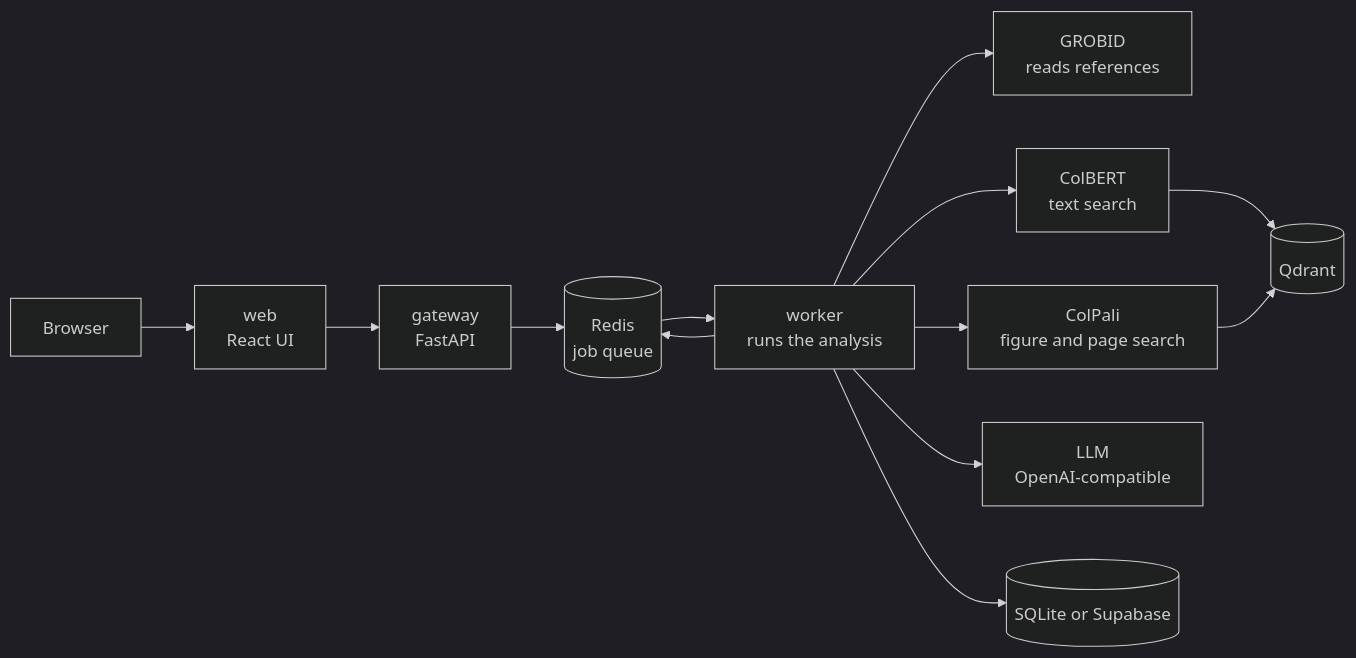
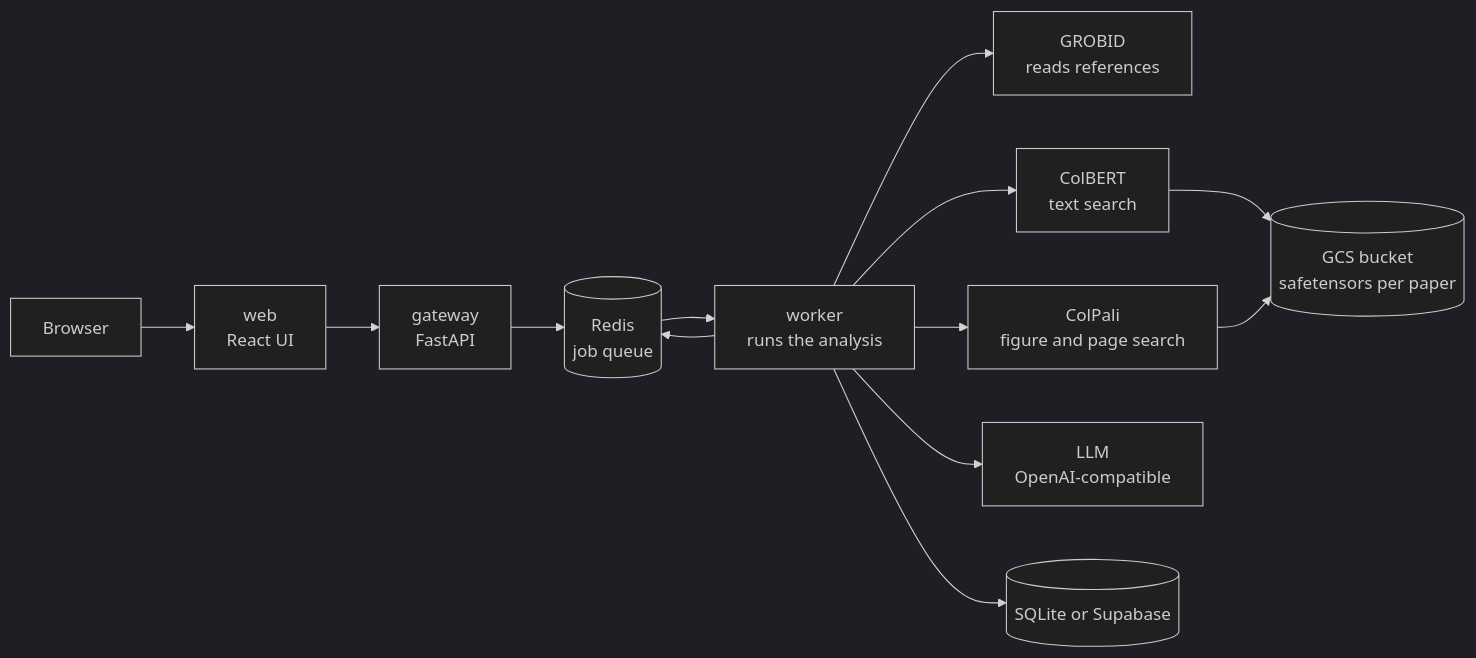
One commit to ZenithGeeks/SecretSource-prototype changed the first of 5 diagrams in ARCHITECTURE.md. Above: the diagram before and after it, drawn with Mermaid (dark theme). The commit also changed other lines of this file and 21 other files, not shown here.

First line of the commit message:
feat(SCRUM-268): replace Qdrant with one vector file per paper

````diff
--- a/ARCHITECTURE.md
+++ b/ARCHITECTURE.md
@@ -8,15 +8,15 @@
 ```mermaid
 flowchart LR
     B["Browser"] --> W["web<br/>React UI"]
     W --> G["gateway<br/>FastAPI"]
     G --> R[("Redis<br/>job queue")]
     R --> WK["worker<br/>runs the analysis"]
     WK --> R
     WK --> GR["GROBID<br/>reads references"]
     WK --> CB["ColBERT<br/>text search"]
     WK --> CP["ColPali<br/>figure and page search"]
     WK --> L["LLM<br/>OpenAI-compatible"]
-    CB --> Q[("Qdrant")]
-    CP --> Q
+    CB --> V[("GCS bucket<br/>safetensors per paper")]
+    CP --> V
     WK --> S[("SQLite or Supabase")]
 ```
````
